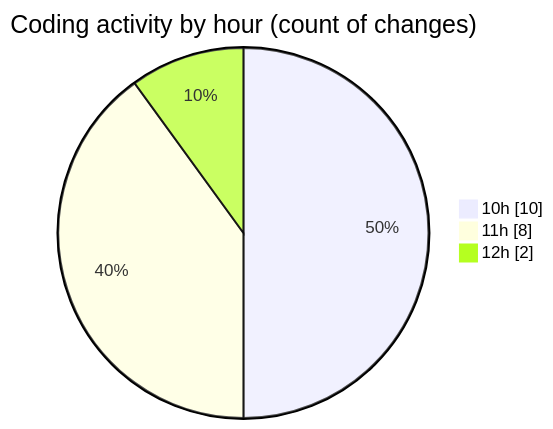
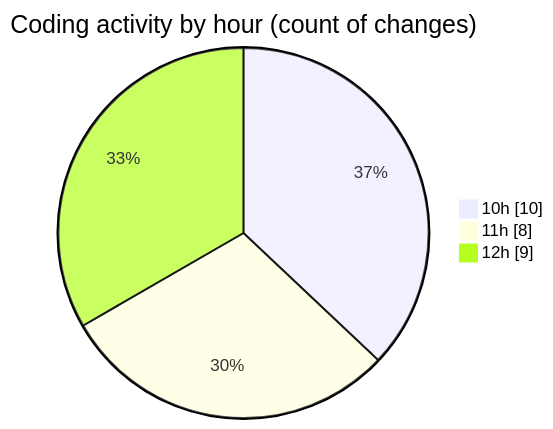
Before and after one commit to nxtqubesakshisongat/code-tracking: the second of 2 diagrams in 2025-07-29/nxtqube_webapp/README.md, drawn with Mermaid. The commit also changed other lines of this file and 1 other file, not shown here.

````diff
--- a/2025-07-29/nxtqube_webapp/README.md
+++ b/2025-07-29/nxtqube_webapp/README.md
@@ -34,7 +34,7 @@
 ```mermaid
 pie showData
 title Coding activity by hour (count of changes)
 "10h" : 10
 "11h" : 8
-"12h" : 2
+"12h" : 9
 ```
````
